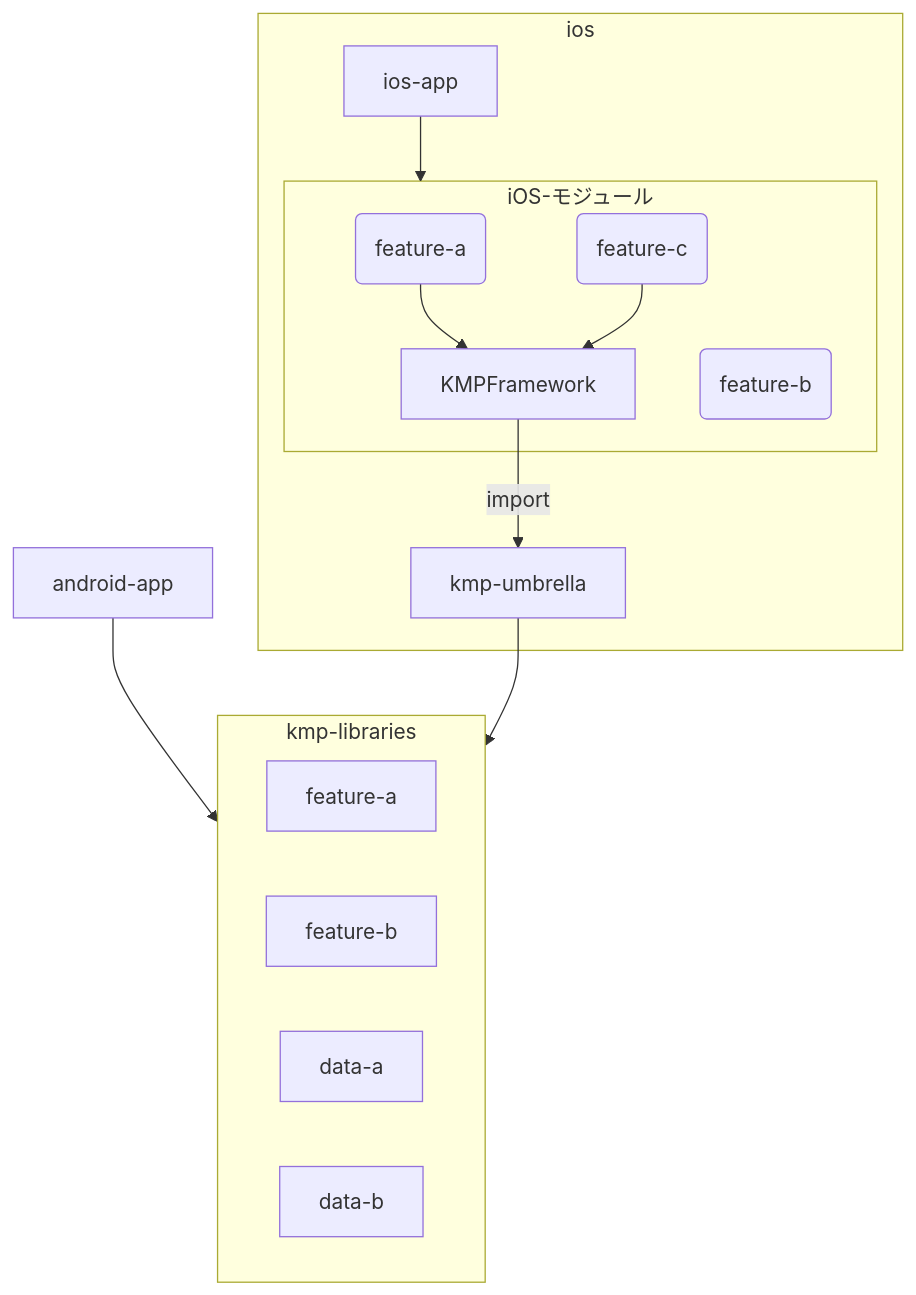
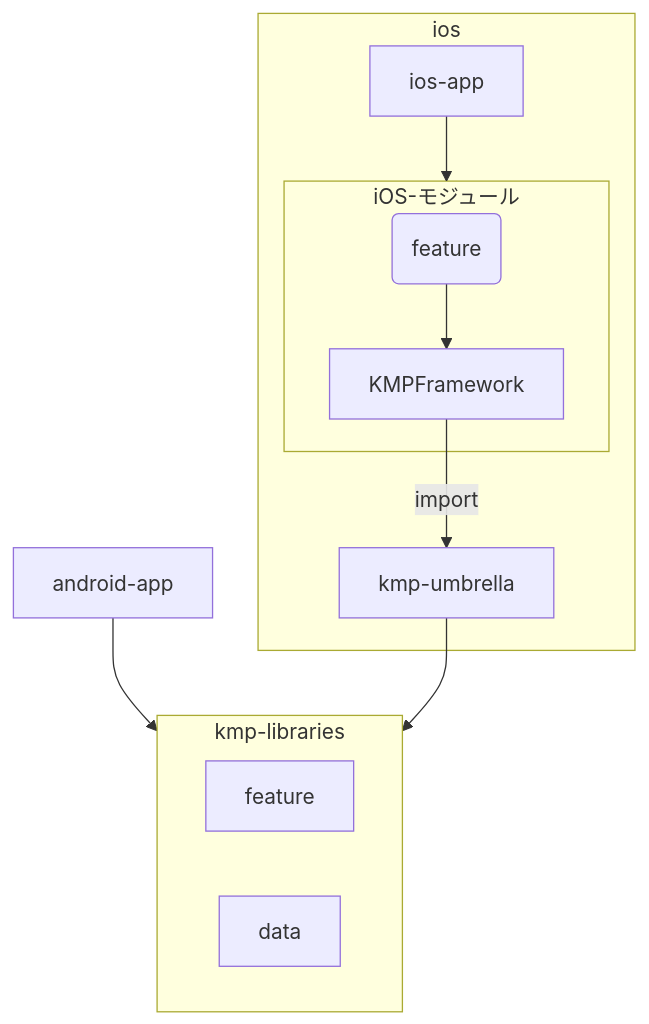
Before and after one commit to kk-house-777/kmp-mobile-multimodule-template: the diagram in sample-project/README.md, drawn with Mermaid. The commit also changed other lines of this file and 1 other file, not shown here.

````diff
--- a/sample-project/README.md
+++ b/sample-project/README.md
@@ -51,26 +47,22 @@
 ```mermaid
 flowchart TD
     android-app
 
     subgraph kmp-libraries
-        feature-a
-        feature-b
-        data-a
-        data-b
+        feature
+        data
     end
 
     subgraph ios
         ios-app --> iOS-モジュール
         subgraph iOS-モジュール
-            fa(feature-a) --> KMPFramework
-            fb(feature-b)
-            fc(feature-c) --> KMPFramework
+            fa(feature) --> KMPFramework
         end
         kmp-umbrella
         KMPFramework
     end
 
     android-app --> kmp-libraries
     kmp-umbrella --> kmp-libraries
     KMPFramework -->|import| kmp-umbrella
 ```
````
